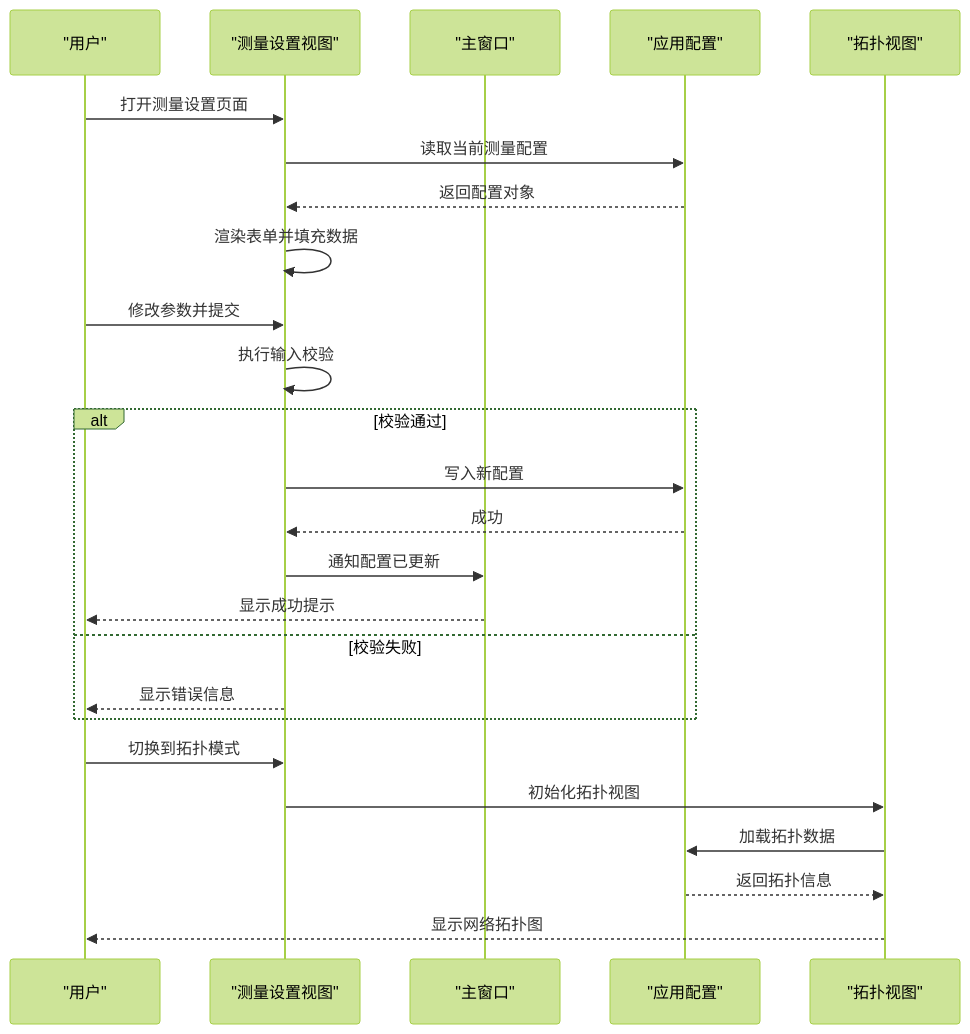
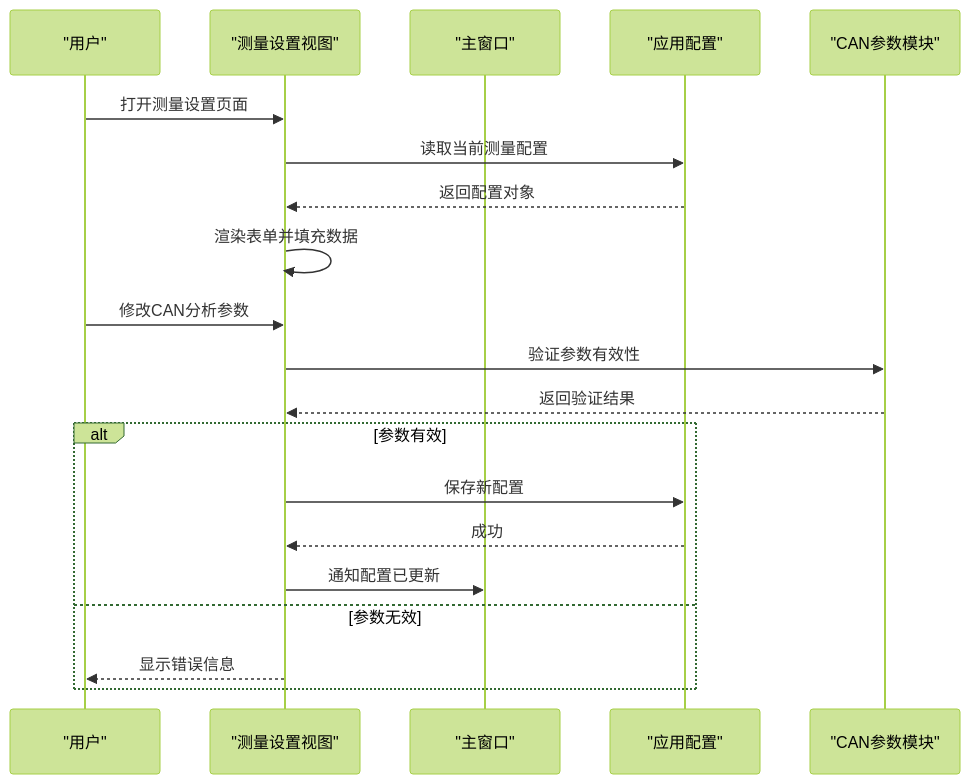
The third of 6 diagrams in .qoder/repowiki/zh/content/架构设计/UI系统设计/测量设置视图组件.md (jakecai1225-design/OpenBus), drawn with Mermaid (forest theme) before and after one commit. The commit also changed other lines of this file and 18 other files, not shown here.

````diff
--- a/.qoder/repowiki/zh/content/架构设计/UI系统设计/测量设置视图组件.md
+++ b/.qoder/repowiki/zh/content/架构设计/UI系统设计/测量设置视图组件.md
@@ -149,27 +160,22 @@
 ```mermaid
 sequenceDiagram
 participant User as "用户"
 participant View as "测量设置视图"
 participant MainWin as "主窗口"
 participant Config as "应用配置"
-participant Topo as "拓扑视图"
+participant CAN as "CAN参数模块"
 User->>View : 打开测量设置页面
 View->>Config : 读取当前测量配置
 Config-->>View : 返回配置对象
 View->>View : 渲染表单并填充数据
-User->>View : 修改参数并提交
-View->>View : 执行输入校验
-alt 校验通过
-View->>Config : 写入新配置
+User->>View : 修改CAN分析参数
+View->>CAN : 验证参数有效性
+CAN-->>View : 返回验证结果
+alt 参数有效
+View->>Config : 保存新配置
 Config-->>View : 成功
 View->>MainWin : 通知配置已更新
-MainWin-->>User : 显示成功提示
-else 校验失败
+else 参数无效
 View-->>User : 显示错误信息
 end
-User->>View : 切换到拓扑模式
-View->>Topo : 初始化拓扑视图
-Topo->>Config : 加载拓扑数据
-Config-->>Topo : 返回拓扑信息
-Topo-->>User : 显示网络拓扑图
 ```
````
